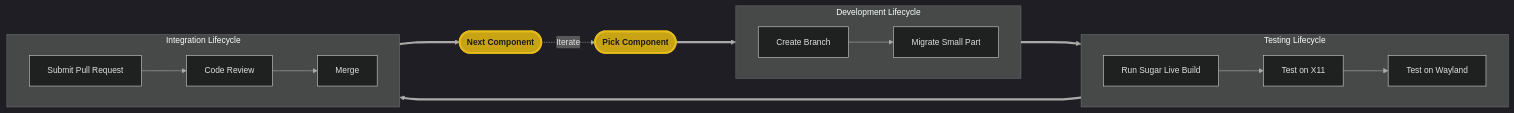
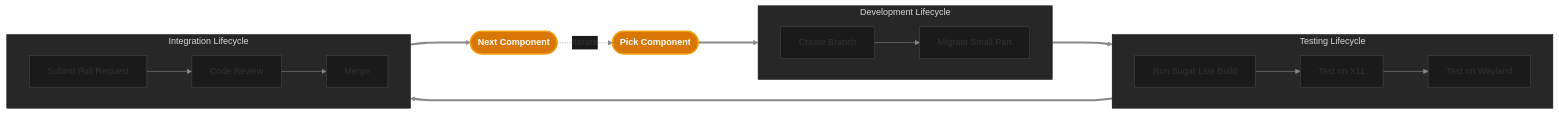
The eighth of 9 diagrams in proposal.md (Dev10-sys/sugar-proposal-gtk), drawn with Mermaid before and after one commit. The commit also changed other lines of this file, not shown here.

Commit message:
Refine diagrams: dark black background, clean white/black high contrast elements, vibrant amber accent, engineer-level architectural styling

````diff
--- a/proposal.md
+++ b/proposal.md
@@ -529,39 +529,39 @@
 ```mermaid
-%%{init: {'theme': 'dark', 'themeVariables': {'primaryColor': '#2a2a2a', 'primaryBorderColor': '#888', 'lineColor': '#aaa', 'textColor': '#e0e0e0', 'fontSize': '14px'}}}%%
+%%{init: {'theme': 'base', 'themeVariables': {'background': '#0a0a0a', 'primaryColor': '#1a1a1a', 'primaryBorderColor': '#444444', 'lineColor': '#888888', 'textColor': '#ffffff', 'fontSize': '15px'}}}%%
 flowchart LR
     A(["Pick Component"])
 
     subgraph Execution ["Development Lifecycle"]
         direction LR
         B["Create Branch"]
         C["Migrate Small Part"]
         B --> C
     end
 
     subgraph Verification ["Testing Lifecycle"]
         direction LR
         D["Run Sugar Live Build"]
         E["Test on X11"]
         F["Test on Wayland"]
         D --> E --> F
     end
 
     subgraph Review ["Integration Lifecycle"]
         direction LR
         G["Submit Pull Request"]
         H["Code Review"]
         I["Merge"]
         G --> H --> I
     end
 
     J(["Next Component"])
 
     A ===> Execution
     Execution ===> Verification
     Verification ===> Review
     Review ===> J
     J -.->|Iterate| A
 
-    style A fill:#c8a415,stroke:#e6bc1a,stroke-width:3px,color:#1a1a1a,font-weight:bold
-    style J fill:#c8a415,stroke:#e6bc1a,stroke-width:3px,color:#1a1a1a,font-weight:bold
+    style A fill:#d97706,stroke:#f59e0b,stroke-width:2px,color:#ffffff,font-weight:bold
+    style J fill:#d97706,stroke:#f59e0b,stroke-width:2px,color:#ffffff,font-weight:bold
 ```
````
